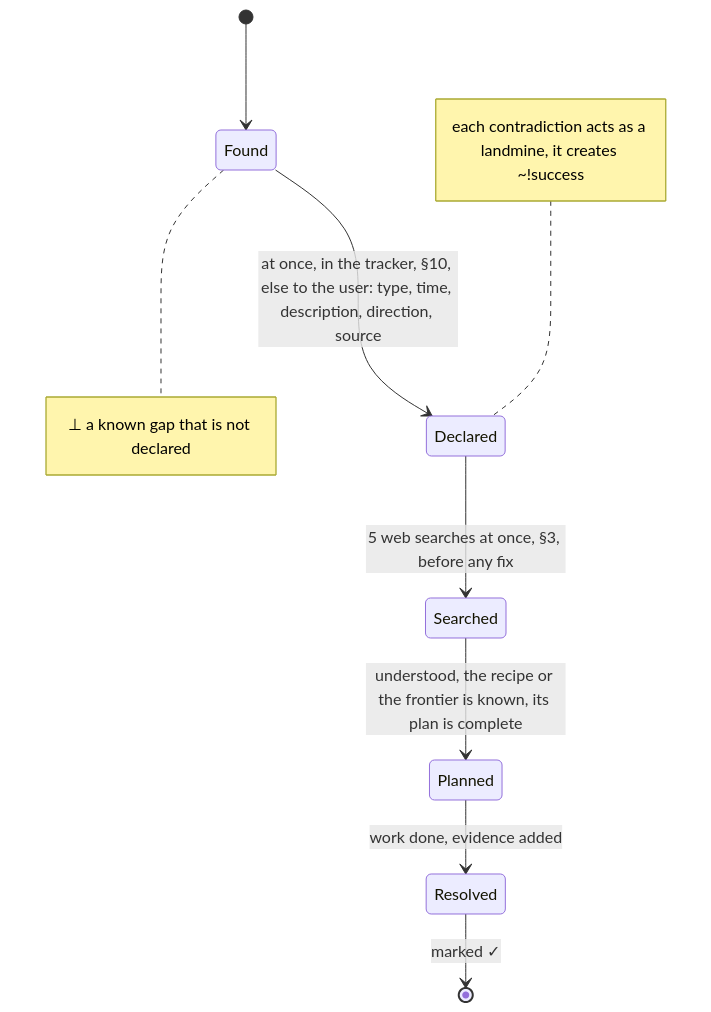
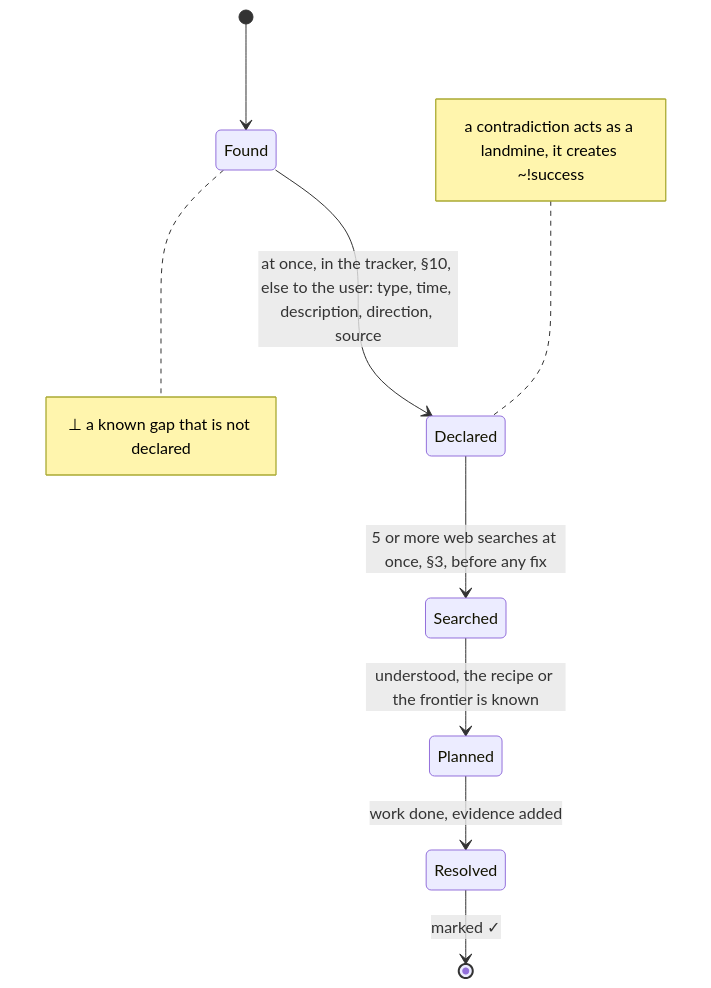
One commit to SolenixAI/arbiter changed diagram 13 of 14 in AGENTS.md. Above: the diagram before and after it, drawn with Mermaid. The commit also changed other lines of this file and 5 other files, not shown here.

````diff
--- a/AGENTS.md
+++ b/AGENTS.md
@@ -633,11 +509,11 @@
 ```mermaid
 stateDiagram-v2
   [*] --> Found
   Found --> Declared: at once, in the tracker, §10, else to the user: type, time, description, direction, source
-  Declared --> Searched: 5 web searches at once, §3, before any fix
-  Searched --> Planned: understood, the recipe or the frontier is known, its plan is complete
+  Declared --> Searched: 5 or more web searches at once, §3, before any fix
+  Searched --> Planned: understood, the recipe or the frontier is known
   Planned --> Resolved: work done, evidence added
   Resolved --> [*]: marked ✓
   note right of Found : ⊥ a known gap that is not declared
-  note left of Declared : each contradiction acts as a landmine, it creates ~!success
+  note left of Declared : a contradiction acts as a landmine, it creates ~!success
 ```
````
